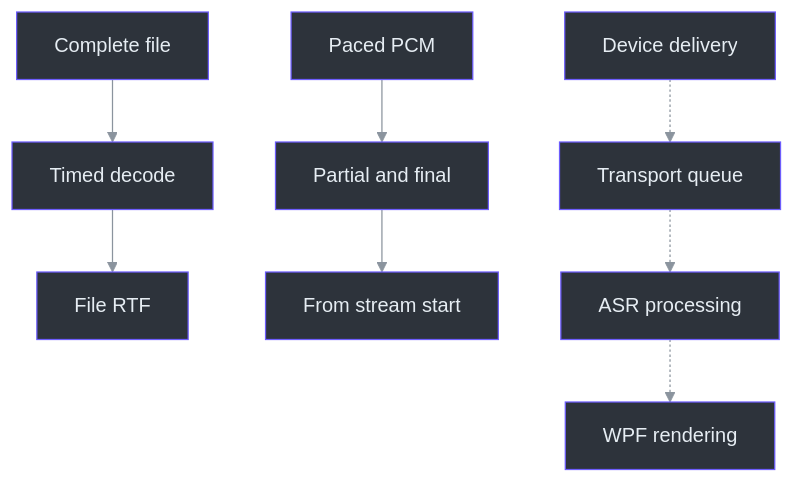
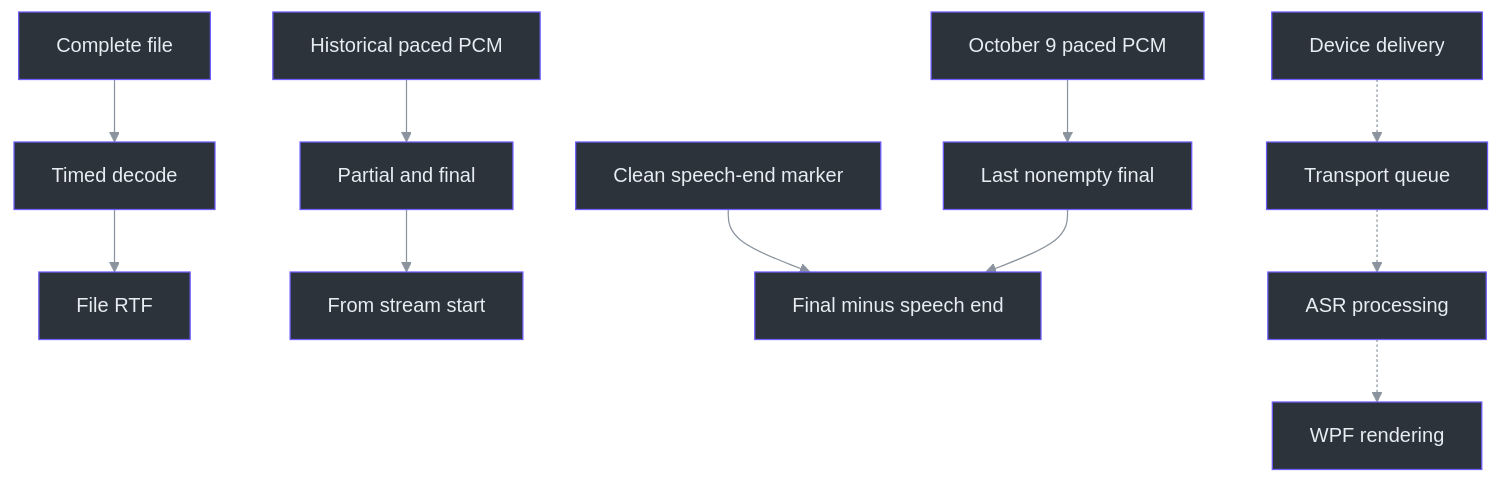
One commit to Zanark/phantom-fudge changed the second of 2 diagrams in docs/handbook/12-performance-and-benchmarks.md. Above: the diagram before and after it, drawn with Mermaid. The commit also changed other lines of this file and 371 other files, not shown here.

````diff
--- a/docs/handbook/12-performance-and-benchmarks.md
+++ b/docs/handbook/12-performance-and-benchmarks.md
@@ -113,28 +113,35 @@
 ```mermaid
 ---
 config:
   theme: base
   themeVariables:
     lineColor: "#8b949e"
     textColor: "#e6edf3"
 ---
 flowchart TB
     accTitle: Throughput and live latency have different boundaries
-    accDescr: Complete-file decoding measures RTF; paced PCM observes stream-start events; the full application has additional stages.
+    accDescr: Complete-file decoding measures RTF, the old paced probe measures stream-start events, and October 9 uses a clean speech-end reference while device and UI stages remain unmeasured.
     File["Complete file"] --> Decode["Timed decode"] --> RTF["File RTF"]
-    Pace["Paced PCM"] --> Events["Partial and final"] --> Start["From stream start"]
+    Pace["Historical paced PCM"] --> Events["Partial and final"] --> Start["From stream start"]
+    New["October 9 paced PCM"] --> Final["Last nonempty final"]
+    Clean["Clean speech-end marker"] --> Lag["Final minus speech end"]
+    Final --> Lag
     Device["Device delivery"] -.-> Queue["Transport queue"]
     Queue -.-> ASR["ASR processing"]
     ASR -.-> UI["WPF rendering"]
     style File fill:#2d333b,stroke:#6d5dfc,color:#e6edf3
     style Decode fill:#2d333b,stroke:#6d5dfc,color:#e6edf3
     style RTF fill:#2d333b,stroke:#6d5dfc,color:#e6edf3
     style Pace fill:#2d333b,stroke:#6d5dfc,color:#e6edf3
     style Events fill:#2d333b,stroke:#6d5dfc,color:#e6edf3
     style Start fill:#2d333b,stroke:#6d5dfc,color:#e6edf3
+    style New fill:#2d333b,stroke:#6d5dfc,color:#e6edf3
+    style Final fill:#2d333b,stroke:#6d5dfc,color:#e6edf3
+    style Clean fill:#2d333b,stroke:#6d5dfc,color:#e6edf3
+    style Lag fill:#2d333b,stroke:#6d5dfc,color:#e6edf3
     style Device fill:#2d333b,stroke:#6d5dfc,color:#e6edf3
     style Queue fill:#2d333b,stroke:#6d5dfc,color:#e6edf3
     style ASR fill:#2d333b,stroke:#6d5dfc,color:#e6edf3
     style UI fill:#2d333b,stroke:#6d5dfc,color:#e6edf3
     linkStyle default stroke:#8b949e
 ```
````
